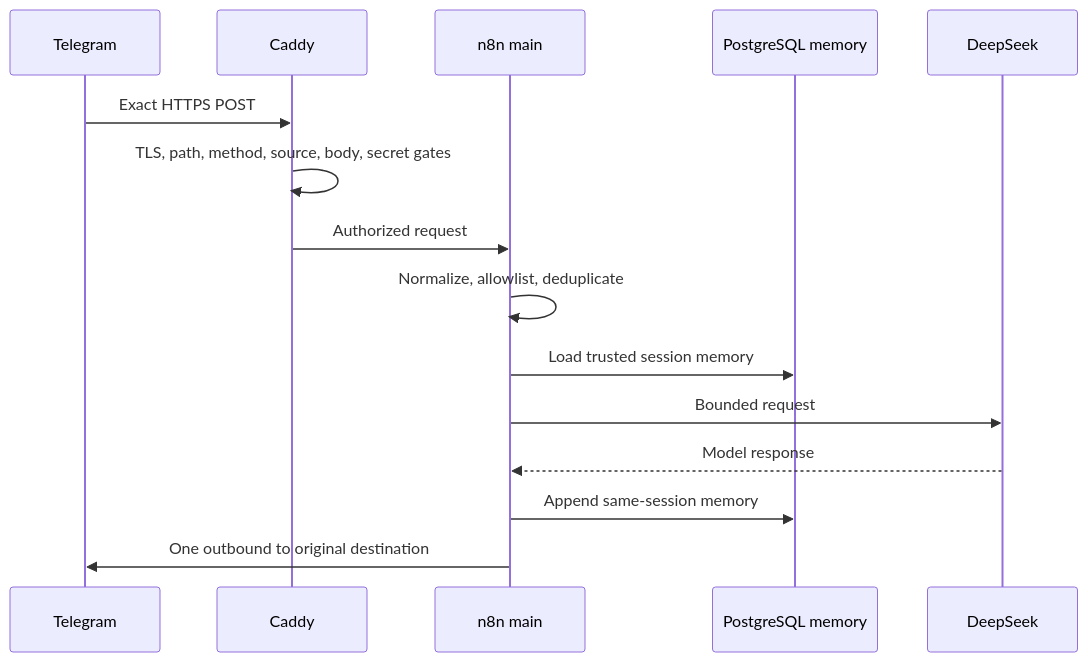
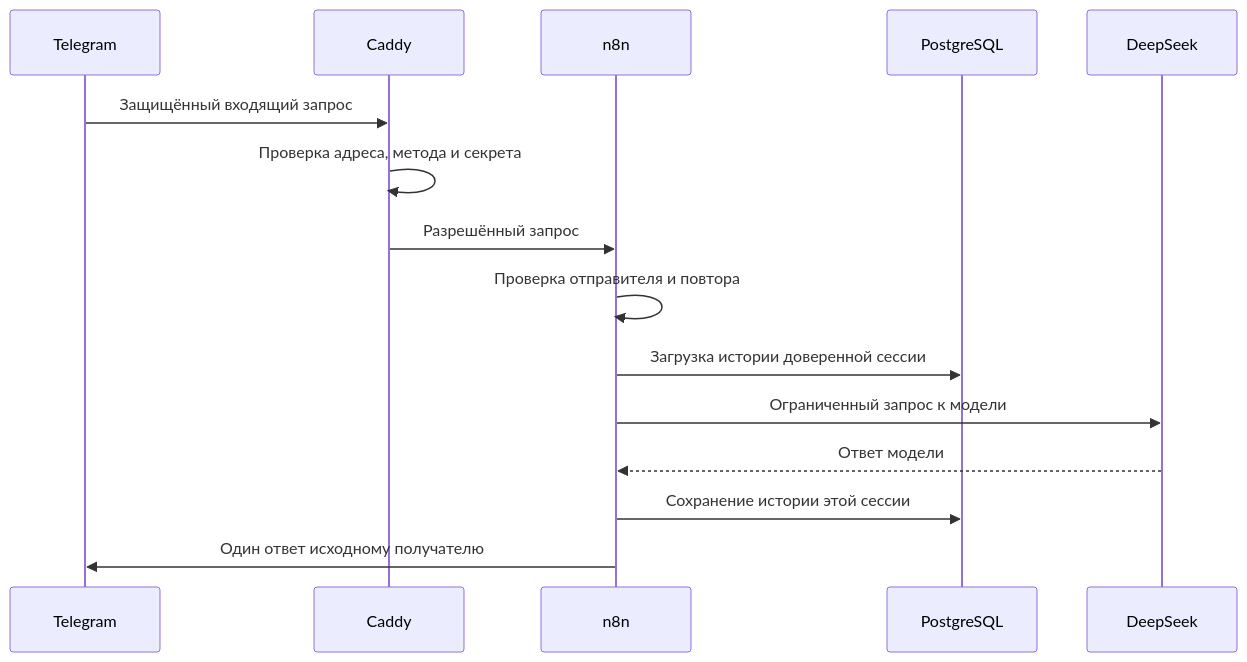
The second of 3 diagrams in 05_Система/Схемы/N8NAgents/Runtime_Flows_N8NAgents.md (DmtrGoltsev/ObsidianVault), drawn with Mermaid before and after one commit. The commit also changed other lines of this file and 8 other files, not shown here.

````diff
--- a/05_Система/Схемы/N8NAgents/Runtime_Flows_N8NAgents.md
+++ b/05_Система/Схемы/N8NAgents/Runtime_Flows_N8NAgents.md
@@ -36,17 +33,17 @@
 ```mermaid
 sequenceDiagram
     participant T as Telegram
     participant C as Caddy
-    participant N as n8n main
-    participant P as PostgreSQL memory
+    participant N as n8n
+    participant P as PostgreSQL
     participant D as DeepSeek
-    T->>C: Exact HTTPS POST
-    C->>C: TLS, path, method, source, body, secret gates
-    C->>N: Authorized request
-    N->>N: Normalize, allowlist, deduplicate
-    N->>P: Load trusted session memory
-    N->>D: Bounded request
-    D-->>N: Model response
-    N->>P: Append same-session memory
-    N->>T: One outbound to original destination
+    T->>C: Защищённый входящий запрос
+    C->>C: Проверка адреса, метода и секрета
+    C->>N: Разрешённый запрос
+    N->>N: Проверка отправителя и повтора
+    N->>P: Загрузка истории доверенной сессии
+    N->>D: Ограниченный запрос к модели
+    D-->>N: Ответ модели
+    N->>P: Сохранение истории этой сессии
+    N->>T: Один ответ исходному получателю
 ```
````
